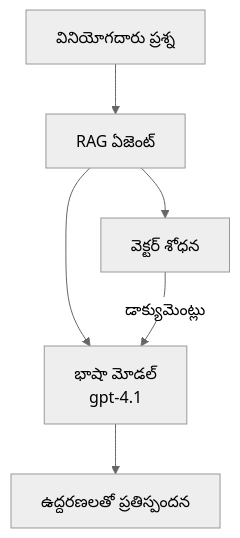
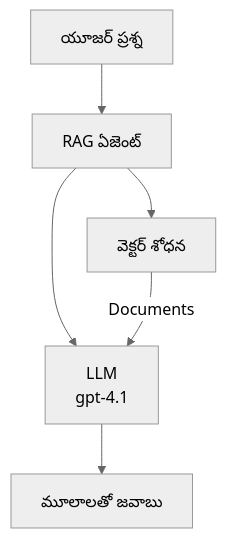
One commit to microsoft/AZD-for-beginners changed the second of 3 diagrams in translations/te/docs/chapter-02-ai-development/agents.md. Above: the diagram before and after it, drawn with Mermaid (neutral theme). The commit also changed other lines of this file and 59 other files, not shown here.

````diff
--- a/translations/te/docs/chapter-02-ai-development/agents.md
+++ b/translations/te/docs/chapter-02-ai-development/agents.md
@@ -181,8 +181,8 @@
 ```mermaid
 graph TD
-    Query[వినియోగదారు ప్రశ్న] --> RAG[RAG ఏజెంట్]
+    Query[యూజర్ ప్రశ్న] --> RAG[RAG ఏజెంట్]
     RAG --> Vector[వెక్టర్ శోధన]
-    RAG --> LLM[భాషా మోడల్<br/>gpt-4.1]
-    Vector -- డాక్యుమెంట్లు --> LLM
-    LLM --> Response[ఉద్ధరణలతో ప్రతిస్పందన]
+    RAG --> LLM[LLM<br/>gpt-4.1]
+    Vector -- Documents --> LLM
+    LLM --> Response[మూలాలతో జవాబు]
 ```
````
